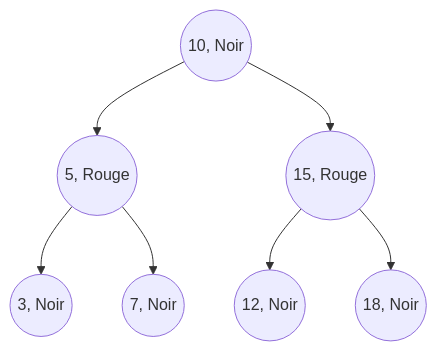
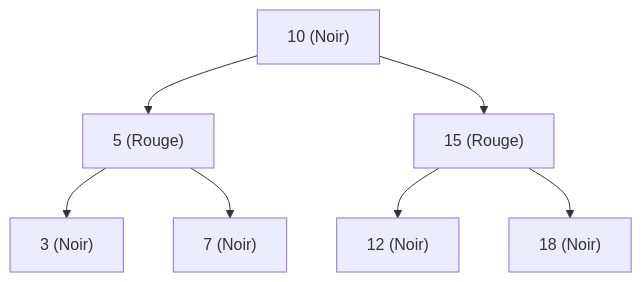
One commit to Laudroid/Live-complexity changed the first of 4 diagrams in 3-2-4-Introduction-aux-arbres-Rouge-Noir-.md. Above: the diagram before and after it, drawn with Mermaid.

````diff
--- a/3-2-4-Introduction-aux-arbres-Rouge-Noir-.md
+++ b/3-2-4-Introduction-aux-arbres-Rouge-Noir-.md
@@ -43,10 +43,18 @@
 ```mermaid
 graph TD
-    Root((10, Noir))
-    Root --> L((5, Rouge))
-    Root --> R((15, Rouge))
-    L --> LL((3, Noir))
-    L --> LR((7, Noir))
-    R --> RL((12, Noir))
-    R --> RR((18, Noir))
+    Root["10 (Noir)"]
+    L["5 (Rouge)"]
+    R["15 (Rouge)"]
+    LL["3 (Noir)"]
+    LR["7 (Noir)"]
+    RL["12 (Noir)"]
+    RR["18 (Noir)"]
+
+    Root --> L
+    Root --> R
+    L --> LL
+    L --> LR
+    R --> RL
+    R --> RR
+
 ```
````
